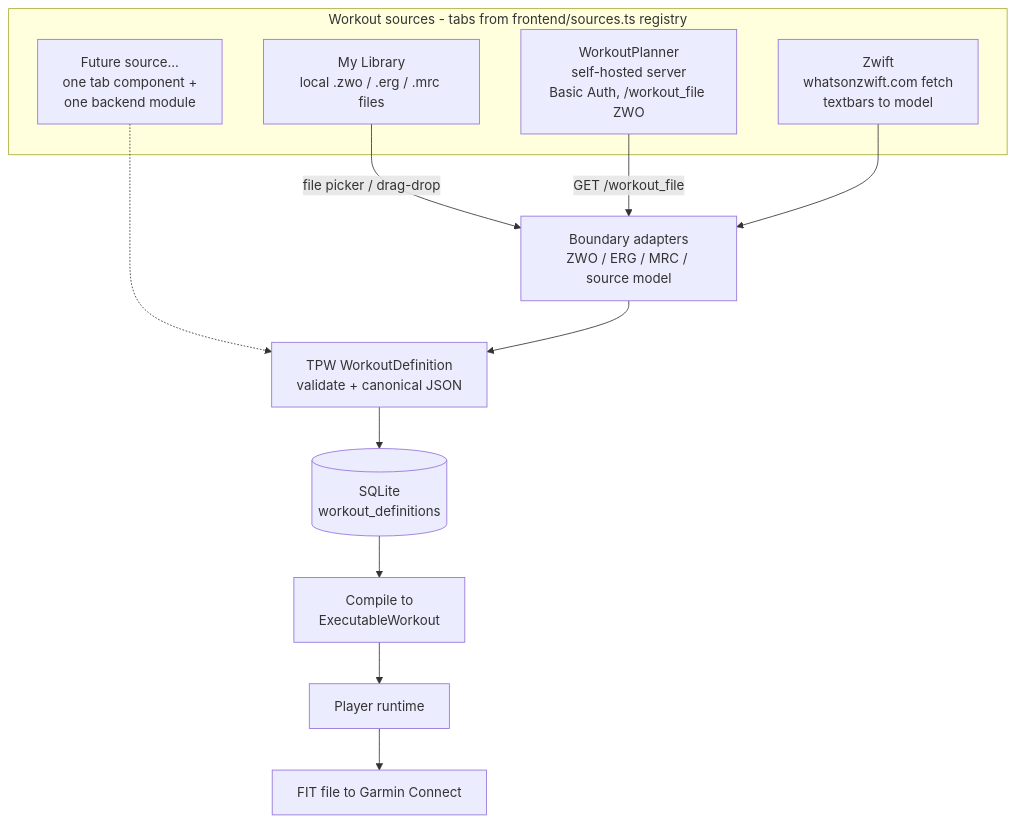
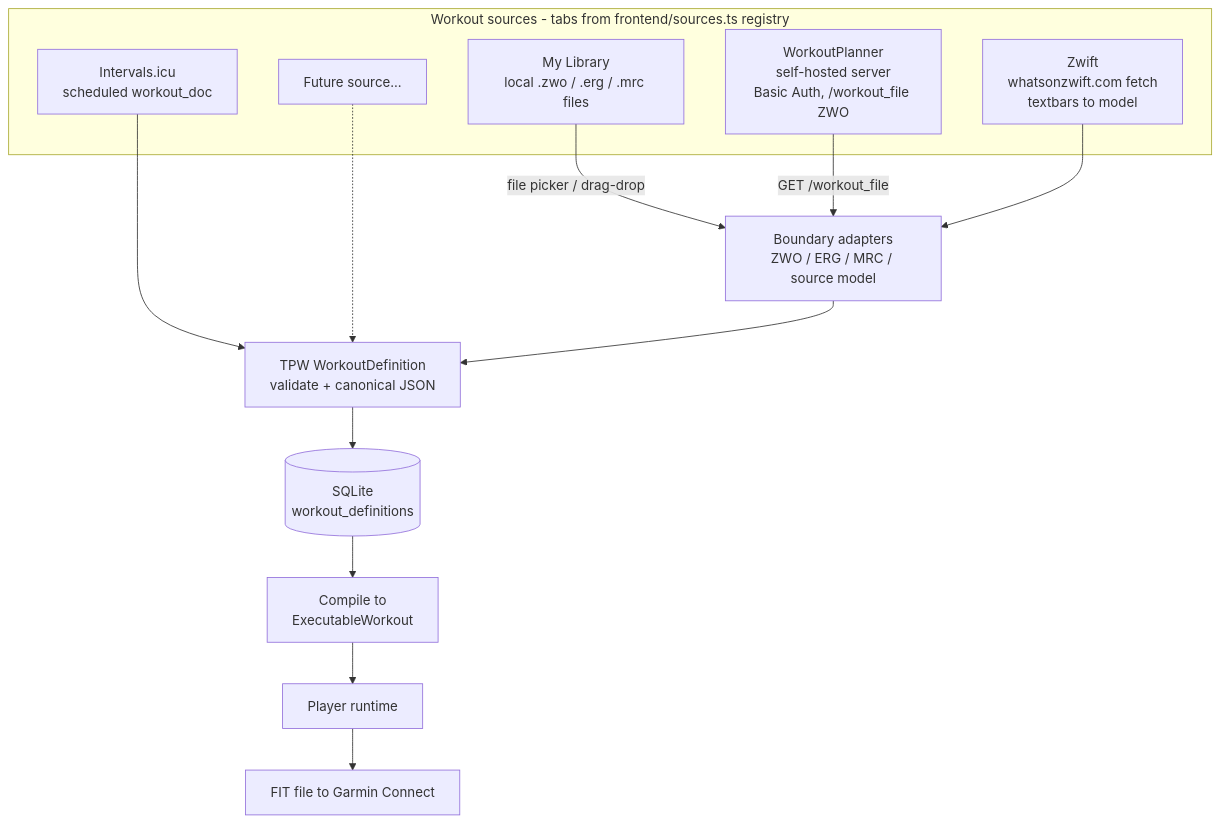
The first of 5 diagrams in docs/architecture.md (sergioclemente/TrainerPro), drawn with Mermaid before and after one commit. The commit also changed other lines of this file and 22 other files, not shown here.

Commit message:
Add Intervals.icu connection workflow

````diff
--- a/docs/architecture.md
+++ b/docs/architecture.md
@@ -18,26 +19,28 @@
 ```mermaid
 flowchart TD
     subgraph SRCS["Workout sources - tabs from frontend/sources.ts registry"]
         LOCAL["My Library<br/>local .zwo / .erg / .mrc files"]
         WP["WorkoutPlanner<br/>self-hosted server<br/>Basic Auth, /workout_file ZWO"]
         WOZ["Zwift<br/>whatsonzwift.com fetch<br/>textbars to model"]
-        FUTURE["Future source...<br/>one tab component +<br/>one backend module"]
+        ICU["Intervals.icu<br/>scheduled workout_doc"]
+        FUTURE["Future source..."]
     end
 
     ADAPTERS["Boundary adapters<br/>ZWO / ERG / MRC / source model"]
     TPW["TPW WorkoutDefinition<br/>validate + canonical JSON"]
     DB[("SQLite<br/>workout_definitions")]
     COMPILE["Compile to<br/>ExecutableWorkout"]
     PLAYER["Player runtime"]
     FIT["FIT file to Garmin Connect"]
 
     LOCAL -->|file picker / drag-drop| ADAPTERS
     WP -->|GET /workout_file| ADAPTERS
     WOZ --> ADAPTERS
+    ICU --> TPW
     FUTURE -.-> TPW
     ADAPTERS --> TPW
     TPW --> DB
     DB --> COMPILE
     COMPILE --> PLAYER
     PLAYER --> FIT
 ```
````
